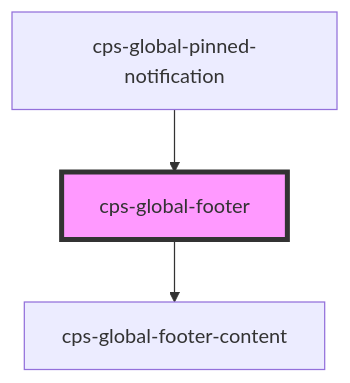
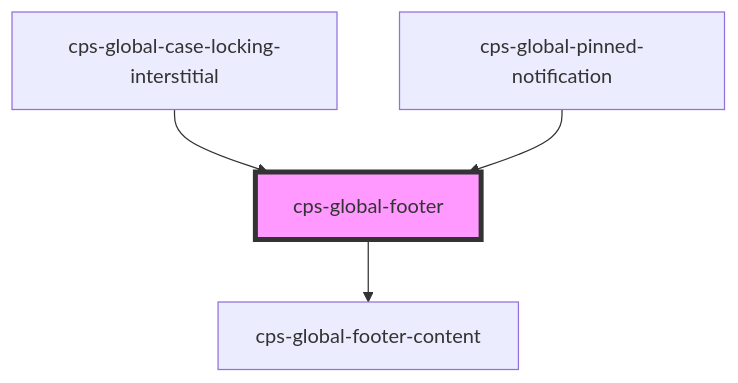
Before and after one commit to CPS-Innovation/global-components: the diagram in packages/cps-global-components/src/components/cps-global-footer/readme.md, drawn with Mermaid. The commit also changed other lines of this file and 10 other files, not shown here.

````diff
--- a/packages/cps-global-components/src/components/cps-global-footer/readme.md
+++ b/packages/cps-global-components/src/components/cps-global-footer/readme.md
@@ -26,6 +27,7 @@
 ```mermaid
 graph TD;
   cps-global-footer --> cps-global-footer-content
+  cps-global-case-locking-interstitial --> cps-global-footer
   cps-global-pinned-notification --> cps-global-footer
   style cps-global-footer fill:#f9f,stroke:#333,stroke-width:4px
 ```
````
